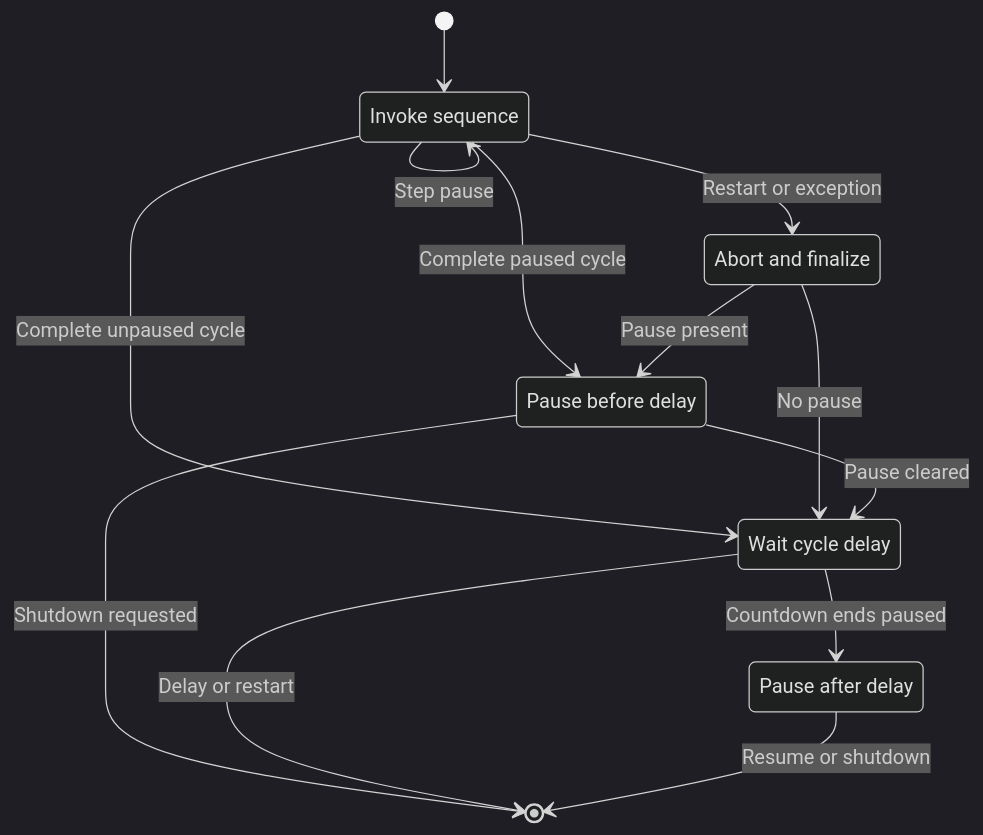
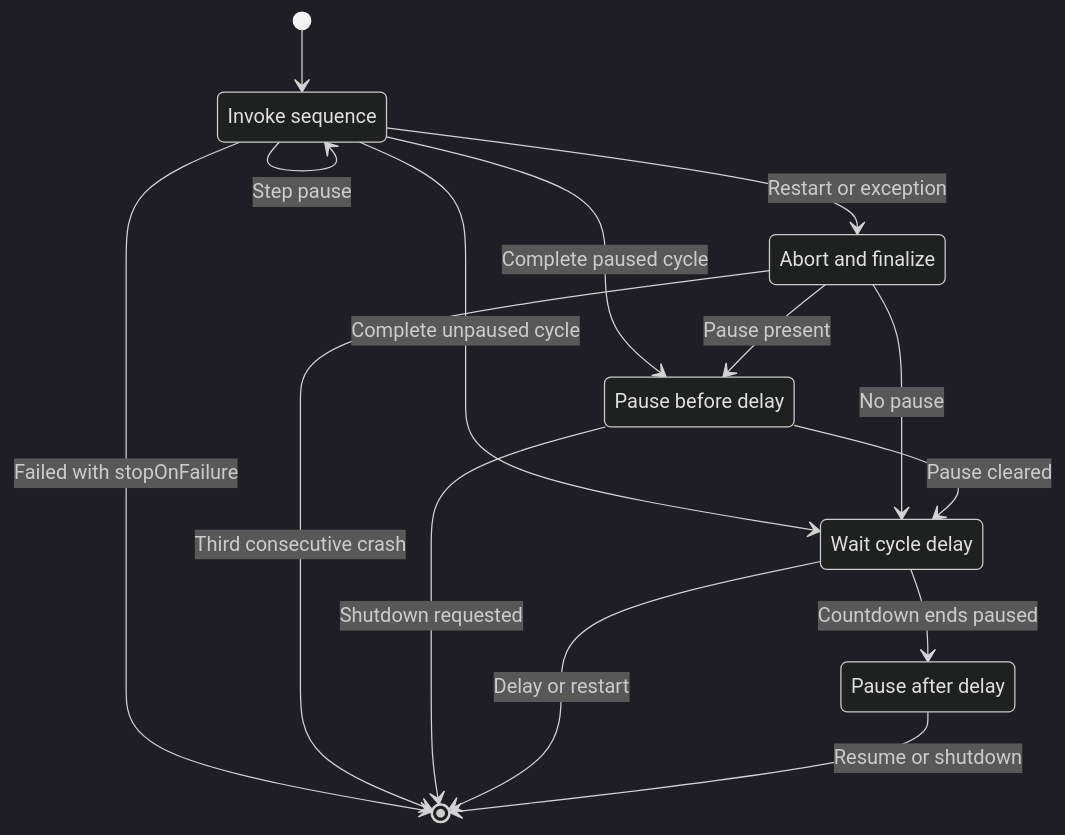
The sixth of 9 diagrams in docs/design/04-lifecycle-state.md (alissonsol/yuruna), drawn with Mermaid (dark theme) before and after one commit. The commit also changed other lines of this file and 1545 other files, not shown here.

````diff
--- a/docs/design/04-lifecycle-state.md
+++ b/docs/design/04-lifecycle-state.md
@@ -216,20 +222,22 @@
 ```mermaid
 stateDiagram-v2
     state "Invoke sequence" as invoke_sequence
     state "Abort and finalize" as remove_guest_vm_quietly
     state "Pause before delay" as wait_cycle_pause_flag_before_delay
     state "Wait cycle delay" as wait_with_progress
     state "Pause after delay" as wait_cycle_pause_flag_after_delay
     [*] --> invoke_sequence
     invoke_sequence --> invoke_sequence: Step pause
     invoke_sequence --> remove_guest_vm_quietly: Restart or exception
     invoke_sequence --> wait_cycle_pause_flag_before_delay: Complete paused cycle
     invoke_sequence --> wait_with_progress: Complete unpaused cycle
+    invoke_sequence --> [*]: Failed with stopOnFailure
     remove_guest_vm_quietly --> wait_cycle_pause_flag_before_delay: Pause present
     remove_guest_vm_quietly --> wait_with_progress: No pause
+    remove_guest_vm_quietly --> [*]: Third consecutive crash
     wait_cycle_pause_flag_before_delay --> wait_with_progress: Pause cleared
     wait_cycle_pause_flag_before_delay --> [*]: Shutdown requested
     wait_with_progress --> wait_cycle_pause_flag_after_delay: Countdown ends paused
     wait_with_progress --> [*]: Delay or restart
     wait_cycle_pause_flag_after_delay --> [*]: Resume or shutdown
 ```
````
